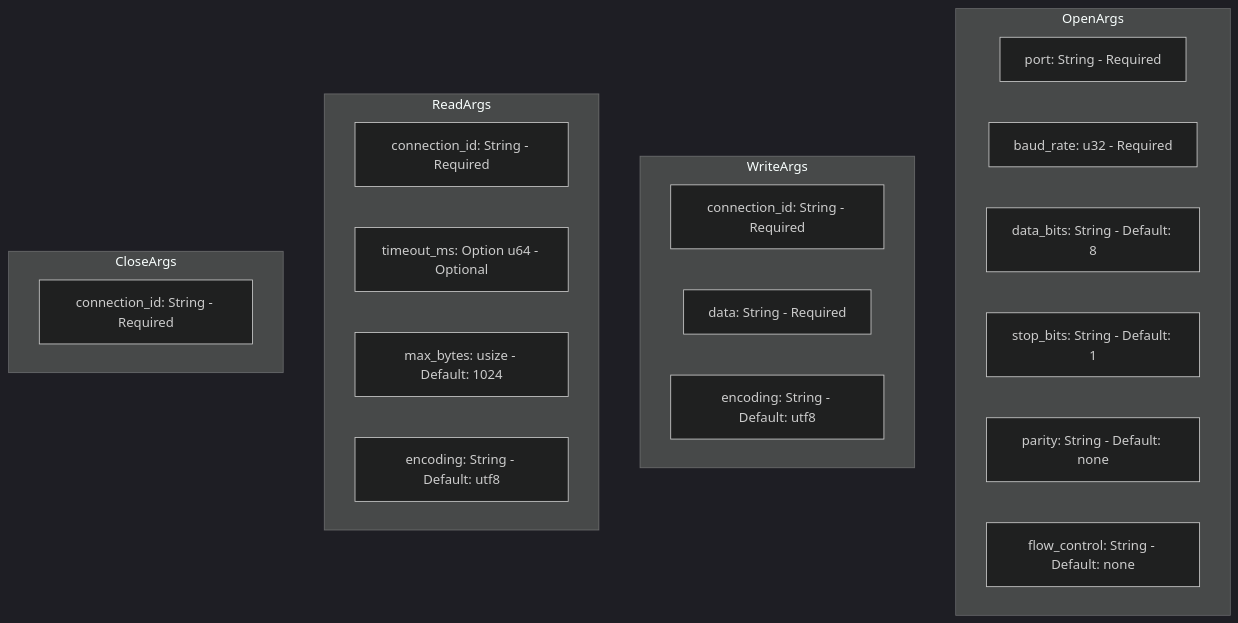
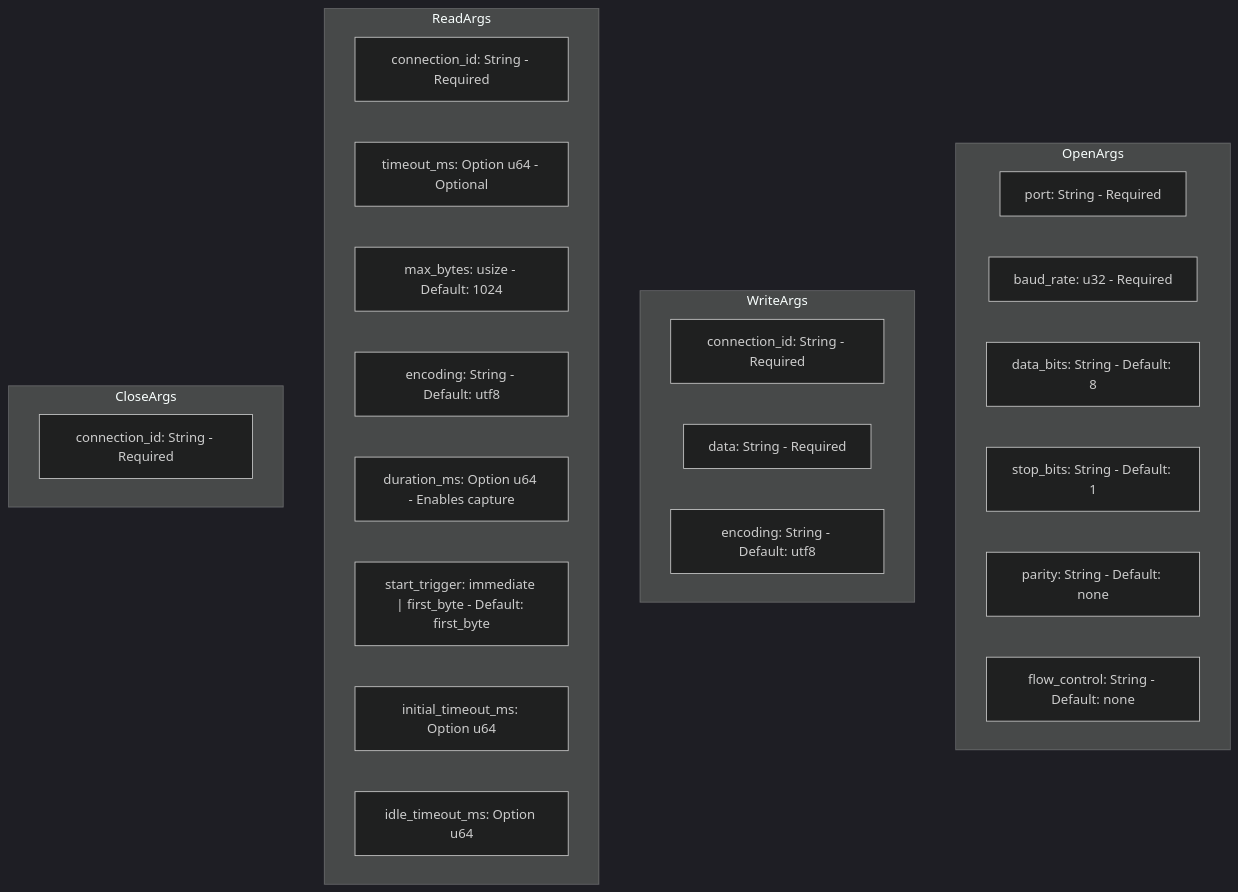
Diagram 20 of 25 in SERIAL_MCP_SERVER_THEORY_OF_OPERATION.md (Adancurusul/serial-mcp-server), drawn with Mermaid (dark theme) before and after one commit. The commit also changed other lines of this file and 17 other files, not shown here.

````diff
--- a/SERIAL_MCP_SERVER_THEORY_OF_OPERATION.md
+++ b/SERIAL_MCP_SERVER_THEORY_OF_OPERATION.md
@@ -792,28 +808,32 @@
 ```mermaid
 graph TD
     subgraph "OpenArgs"
         OA_PORT["port: String - Required"]
         OA_BAUD["baud_rate: u32 - Required"]
         OA_DATA["data_bits: String - Default: 8"]
         OA_STOP["stop_bits: String - Default: 1"]
         OA_PAR["parity: String - Default: none"]
         OA_FLOW["flow_control: String - Default: none"]
     end
 
     subgraph "WriteArgs"
         WA_ID["connection_id: String - Required"]
         WA_DATA["data: String - Required"]
         WA_ENC["encoding: String - Default: utf8"]
     end
 
     subgraph "ReadArgs"
         RA_ID["connection_id: String - Required"]
         RA_TO["timeout_ms: Option u64 - Optional"]
         RA_MAX["max_bytes: usize - Default: 1024"]
         RA_ENC["encoding: String - Default: utf8"]
+        RA_DUR["duration_ms: Option u64 - Enables capture"]
+        RA_START["start_trigger: immediate | first_byte - Default: first_byte"]
+        RA_INIT["initial_timeout_ms: Option u64"]
+        RA_IDLE["idle_timeout_ms: Option u64"]
     end
 
     subgraph "CloseArgs"
         CA_ID["connection_id: String - Required"]
     end
 ```
````
